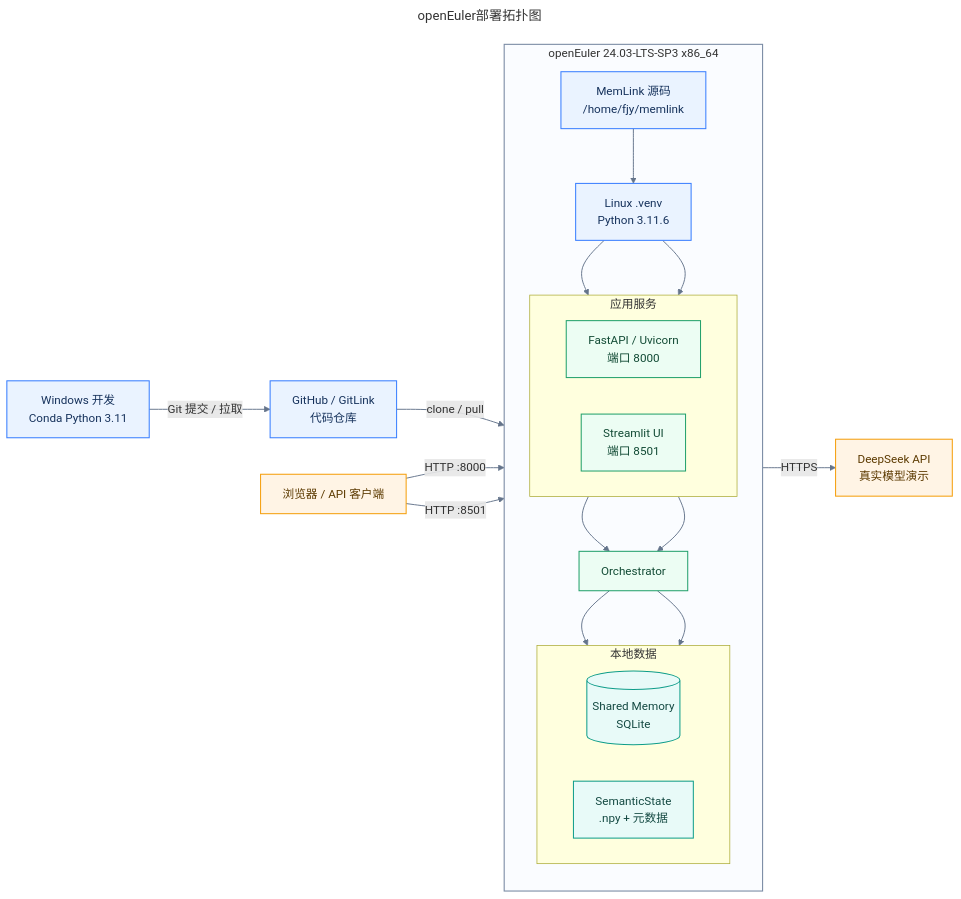
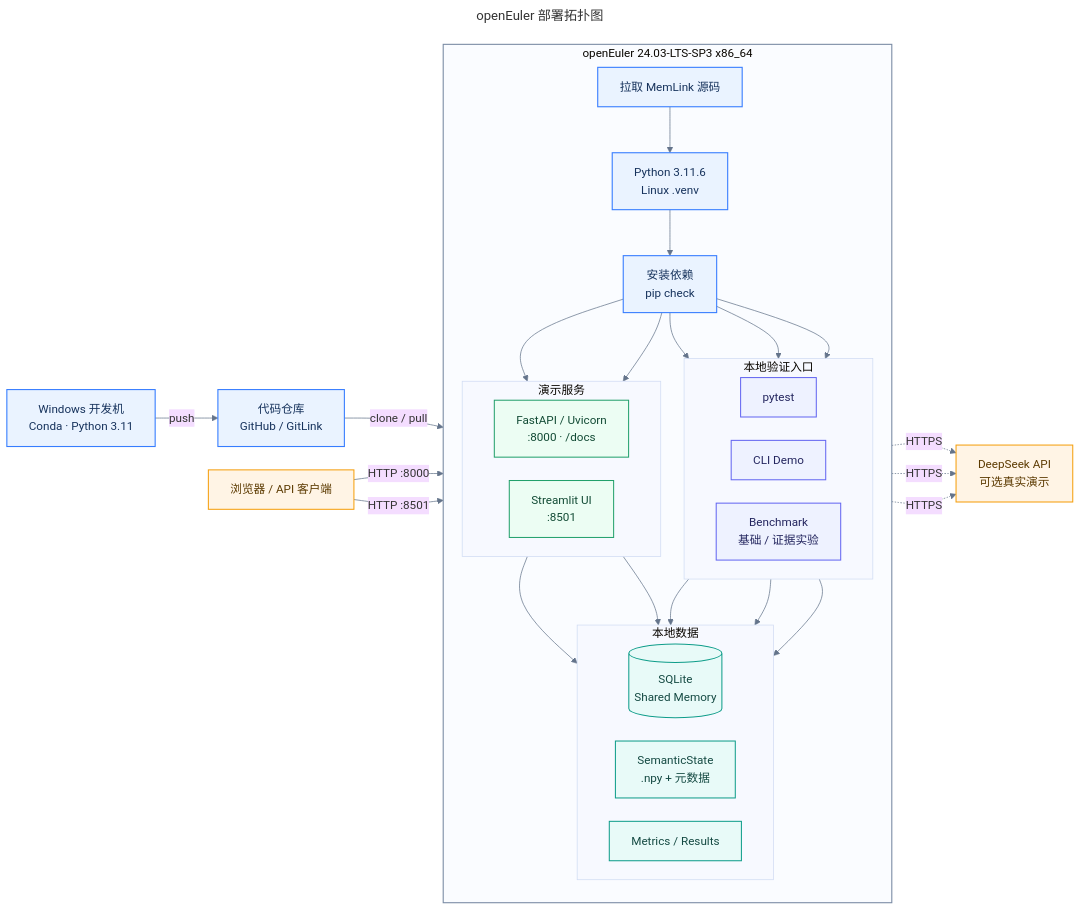
The diagram in docs/diagrams/openeuler_deployment.mmd (fjy1111/memlink), drawn with Mermaid before and after one commit. The commit also changed 24 other files, not shown here.

Commit message:
docs: 统一比赛架构图与流程图

```diff
--- a/docs/diagrams/openeuler_deployment.mmd
+++ b/docs/diagrams/openeuler_deployment.mmd
@@ -1,56 +1,71 @@
 ---
-title: openEuler部署拓扑图
+title: openEuler 部署拓扑图
 ---
-%% 图示说明：展示代码从 Windows 开发环境进入仓库，再部署到 openEuler 服务、存储和 DeepSeek 的拓扑。
+%% 图示说明：展示 Windows/Git 到 openEuler 验证、服务、存储与可选 DeepSeek HTTPS 调用的部署关系。
+%%{init: {"theme":"base","flowchart":{"curve":"basis","nodeSpacing":32,"rankSpacing":38},"themeVariables":{"fontFamily":"Microsoft YaHei, Noto Sans CJK SC, sans-serif","fontSize":"16px","lineColor":"#64748B"}}}%%
 flowchart LR
-    DEV["Windows 开发<br/>Conda Python 3.11"]
-    REPO["GitHub / GitLink<br/>代码仓库"]
+    DEV["Windows 开发机<br/>Conda · Python 3.11"]
+    REPO["代码仓库<br/>GitHub / GitLink"]
 
     subgraph OE["openEuler 24.03-LTS-SP3 x86_64"]
         direction TB
-        SOURCE["MemLink 源码<br/>/home/fjy/memlink"]
-        VENV["Linux .venv<br/>Python 3.11.6"]
+        SOURCE["拉取 MemLink 源码"]
+        ENV["Python 3.11.6<br/>Linux .venv"]
+        INSTALL["安装依赖<br/>pip check"]
 
-        subgraph SERVICES["应用服务"]
+        subgraph VERIFY["本地验证入口"]
             direction LR
-            FASTAPI["FastAPI / Uvicorn<br/>端口 8000"]
-            STREAMLIT["Streamlit UI<br/>端口 8501"]
+            PYTEST["pytest"]
+            CLI["CLI Demo"]
+            BENCH["Benchmark<br/>基础 / 证据实验"]
         end
 
-        ORCH["Orchestrator"]
-
-        subgraph STORAGE["本地数据"]
+        subgraph SERVICE["演示服务"]
             direction LR
-            SQLITE[("Shared Memory<br/>SQLite")]
-            STATE["SemanticState<br/>.npy + 元数据"]
+            API["FastAPI / Uvicorn<br/>:8000 · /docs"]
+            UI["Streamlit UI<br/>:8501"]
         end
 
-        SOURCE --> VENV
-        VENV --> FASTAPI
-        VENV --> STREAMLIT
-        FASTAPI --> ORCH
-        STREAMLIT --> ORCH
-        ORCH --> SQLITE
-        ORCH --> STATE
+        subgraph DATA["本地数据"]
+            direction LR
+            SQLITE[("SQLite<br/>Shared Memory")]
+            STATE["SemanticState<br/>.npy + 元数据"]
+            METRIC["Metrics / Results"]
+        end
+
+        SOURCE --> ENV --> INSTALL
+        INSTALL --> PYTEST
+        INSTALL --> CLI
+        INSTALL --> BENCH
+        INSTALL --> API
+        INSTALL --> UI
+        CLI --> SQLITE
+        CLI --> STATE
+        API --> SQLITE
+        API --> STATE
+        BENCH --> METRIC
     end
 
     BROWSER["浏览器 / API 客户端"]
-    DEEPSEEK["DeepSeek API<br/>真实模型演示"]
+    DEEPSEEK["DeepSeek API<br/>可选真实演示"]
 
-    DEV -->|"Git 提交 / 拉取"| REPO
+    DEV -->|"push"| REPO
     REPO -->|"clone / pull"| SOURCE
-    BROWSER -->|"HTTP :8000"| FASTAPI
-    BROWSER -->|"HTTP :8501"| STREAMLIT
-    ORCH -->|"HTTPS"| DEEPSEEK
+    BROWSER -->|"HTTP :8000"| API
+    BROWSER -->|"HTTP :8501"| UI
+    CLI -. "HTTPS" .-> DEEPSEEK
+    API -. "HTTPS" .-> DEEPSEEK
+    UI -. "HTTPS" .-> DEEPSEEK
 
-    classDef development fill:#EAF3FF,stroke:#377DFF,color:#16325C,stroke-width:1.4px;
+    classDef development fill:#EAF3FF,stroke:#377DFF,color:#16325C,stroke-width:1.5px;
+    classDef verification fill:#EEF2FF,stroke:#6366F1,color:#24265F,stroke-width:1.4px;
     classDef service fill:#ECFDF3,stroke:#22A06B,color:#124B35,stroke-width:1.4px;
     classDef storage fill:#E8FAF8,stroke:#0F9D8A,color:#154A43,stroke-width:1.4px;
     classDef external fill:#FFF4E5,stroke:#F59E0B,color:#5C3A00,stroke-width:1.4px;
 
-    class DEV,REPO,SOURCE,VENV development;
-    class FASTAPI,STREAMLIT,ORCH service;
-    class SQLITE,STATE storage;
+    class DEV,REPO,SOURCE,ENV,INSTALL development;
+    class PYTEST,CLI,BENCH verification;
+    class API,UI service;
+    class SQLITE,STATE,METRIC storage;
     class BROWSER,DEEPSEEK external;
     style OE fill:#FAFCFF,stroke:#7B8CA5,stroke-width:1.5px;
-    linkStyle default stroke:#64748B,stroke-width:1.3px;
```
